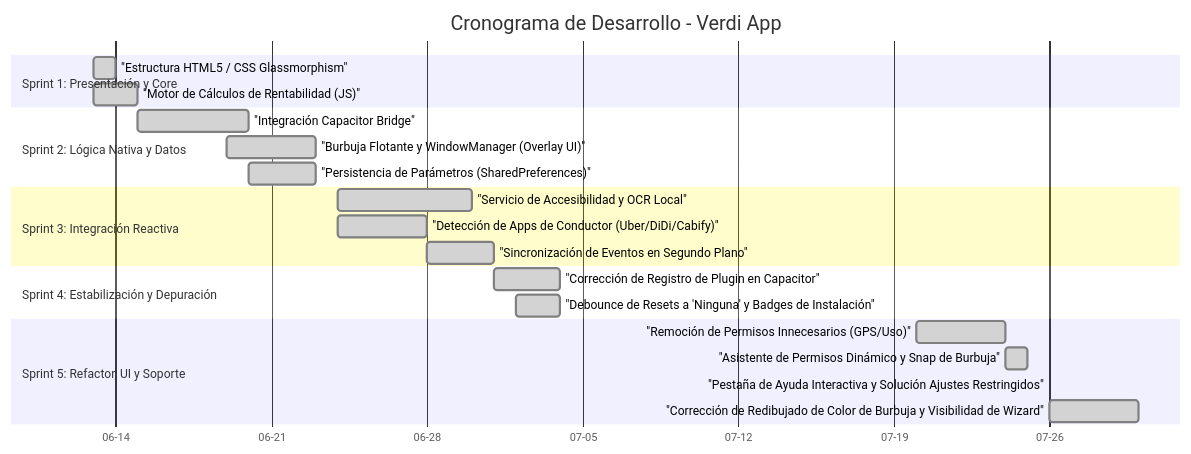
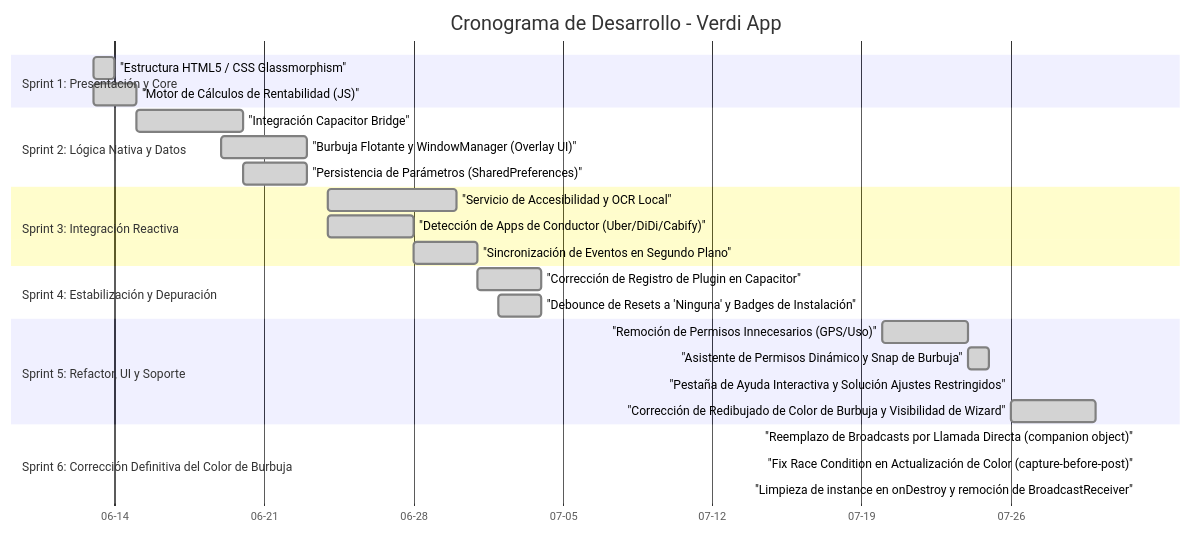
The diagram in CRONOGRAMA_DESARROLLO.md (JorgeFreire95/Verdi), drawn with Mermaid before and after one commit. The commit also changed other lines of this file and 4 other files, not shown here.

````diff
--- a/CRONOGRAMA_DESARROLLO.md
+++ b/CRONOGRAMA_DESARROLLO.md
@@ -11,30 +11,35 @@
 ```mermaid
 gantt
     title Cronograma de Desarrollo - Verdi App
     dateFormat  YYYY-MM-DD
     axisFormat  %m-%d
     
     section Sprint 1: Presentación y Core
     "Estructura HTML5 / CSS Glassmorphism" :done, s1a, 2026-06-13, 2026-06-14
     "Motor de Cálculos de Rentabilidad (JS)" :done, s1b, 2026-06-13, 2026-06-15
     
     section Sprint 2: Lógica Nativa y Datos
     "Integración Capacitor Bridge" :done, s2a, 2026-06-15, 2026-06-20
     "Burbuja Flotante y WindowManager (Overlay UI)" :done, s2b, 2026-06-19, 2026-06-23
     "Persistencia de Parámetros (SharedPreferences)" :done, s2c, 2026-06-20, 2026-06-23
     
     section Sprint 3: Integración Reactiva
     "Servicio de Accesibilidad y OCR Local" :done, s3a, 2026-06-24, 2026-06-30
     "Detección de Apps de Conductor (Uber/DiDi/Cabify)" :done, s3b, 2026-06-24, 2026-06-28
     "Sincronización de Eventos en Segundo Plano" :done, s3c, 2026-06-28, 2026-07-01
     
     section Sprint 4: Estabilización y Depuración
     "Corrección de Registro de Plugin en Capacitor" :done, s4a, 2026-07-01, 2026-07-04
     "Debounce de Resets a 'Ninguna' y Badges de Instalación" :done, s4b, 2026-07-02, 2026-07-04
     
     section Sprint 5: Refactor, UI y Soporte
     "Remoción de Permisos Innecesarios (GPS/Uso)" :done, s5a, 2026-07-20, 2026-07-24
     "Asistente de Permisos Dinámico y Snap de Burbuja" :done, s5b, 2026-07-24, 2026-07-25
     "Pestaña de Ayuda Interactiva y Solución Ajustes Restringidos" :done, s5c, 2026-07-26, 2026-07-26
     "Corrección de Redibujado de Color de Burbuja y Visibilidad de Wizard" :done, s5d, 2026-07-26, 2026-07-30
+    
+    section Sprint 6: Corrección Definitiva del Color de Burbuja
+    "Reemplazo de Broadcasts por Llamada Directa (companion object)" :done, s6a, 2026-08-01, 2026-08-01
+    "Fix Race Condition en Actualización de Color (capture-before-post)" :done, s6b, 2026-08-01, 2026-08-01
+    "Limpieza de instance en onDestroy y remoción de BroadcastReceiver" :done, s6c, 2026-08-01, 2026-08-01
 ```
````
